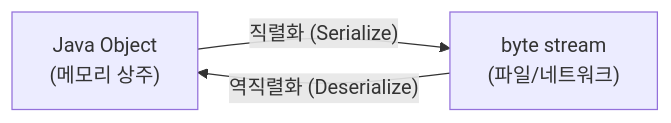
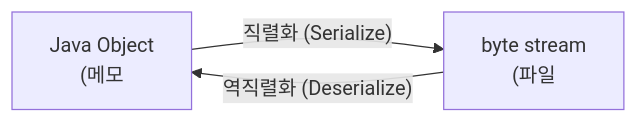
One commit to yjkim2015/yjkim2015.github.io changed the eighth of 11 diagrams in _posts/java/2026-05-01-java-io.md. Above: the diagram before and after it, drawn with Mermaid. The commit also changed other lines of this file and 271 other files, not shown here.

First line of the commit message:
Mermaid 라벨 축소: 긴 노드 텍스트 18자 이하로 트림 + \n 제거

````diff
--- a/_posts/java/2026-05-01-java-io.md
+++ b/_posts/java/2026-05-01-java-io.md
@@ -541,7 +541,7 @@
 ```mermaid
 graph LR
-    OBJ["Java Object<br>(메모리 상주)"]
-    BYTES["byte stream<br>(파일/네트워크)"]
+    OBJ["Java Object<br>(메모"]
+    BYTES["byte stream<br>(파일"]
     OBJ -->|"직렬화 (Serialize)"| BYTES
     BYTES -->|"역직렬화 (Deserialize)"| OBJ
 ```
````
